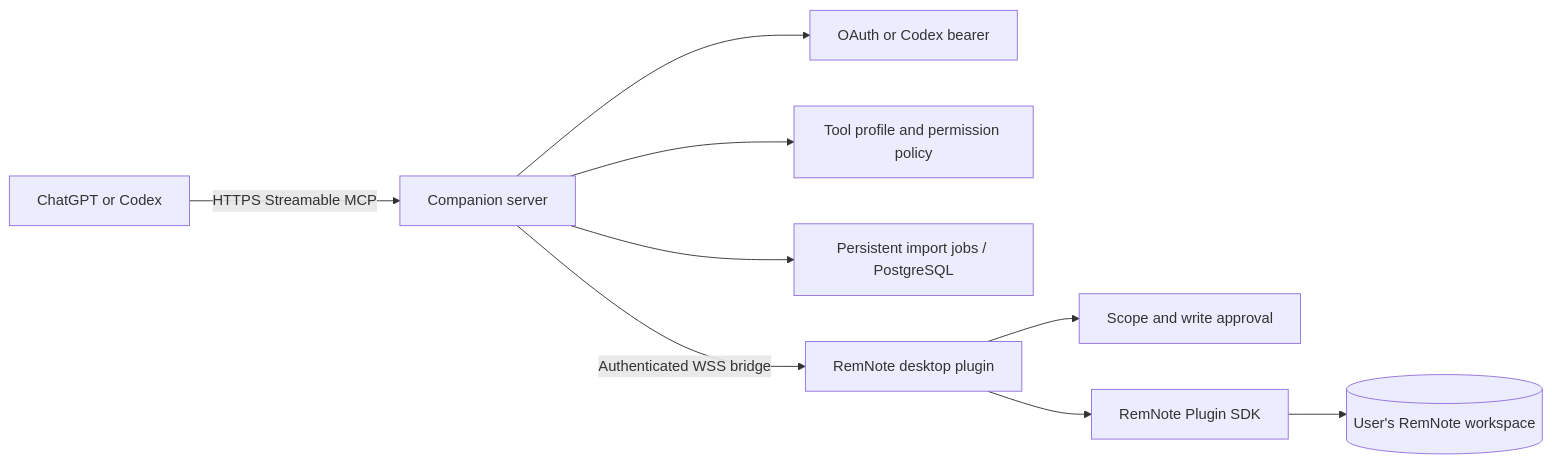
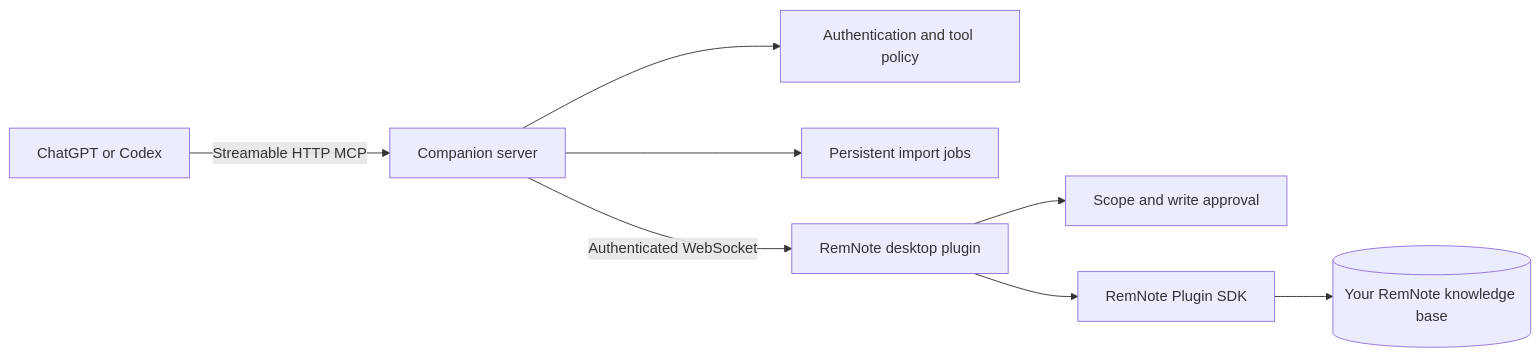
The diagram in README.md (HTGit63/remnote-plugin-template-react), drawn with Mermaid before and after one commit. The commit also changed other lines of this file and 114 other files, not shown here.

Commit message:
release: publish clean RemNote MCP v0.1.1 source

````diff
--- a/README.md
+++ b/README.md
@@ -17,11 +26,10 @@
 ```mermaid
 flowchart LR
-  A[ChatGPT or Codex] -->|HTTPS Streamable MCP| B[Companion server]
-  B --> C[OAuth or Codex bearer]
-  B --> D[Tool profile and permission policy]
-  B --> E[Persistent import jobs / PostgreSQL]
-  B -->|Authenticated WSS bridge| F[RemNote desktop plugin]
-  F --> G[Scope and write approval]
-  F --> H[RemNote Plugin SDK]
-  H --> I[(User's RemNote workspace)]
+  A[ChatGPT or Codex] -->|Streamable HTTP MCP| B[Companion server]
+  B --> C[Authentication and tool policy]
+  B --> D[Persistent import jobs]
+  B -->|Authenticated WebSocket| E[RemNote desktop plugin]
+  E --> F[Scope and write approval]
+  E --> G[RemNote Plugin SDK]
+  G --> H[(Your RemNote knowledge base)]
 ```
````
